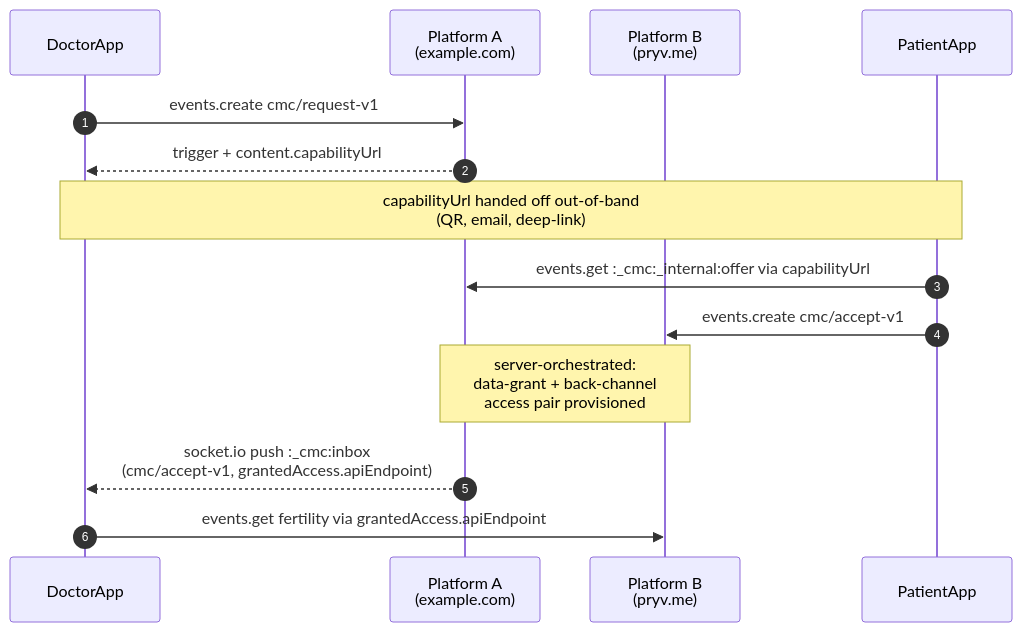
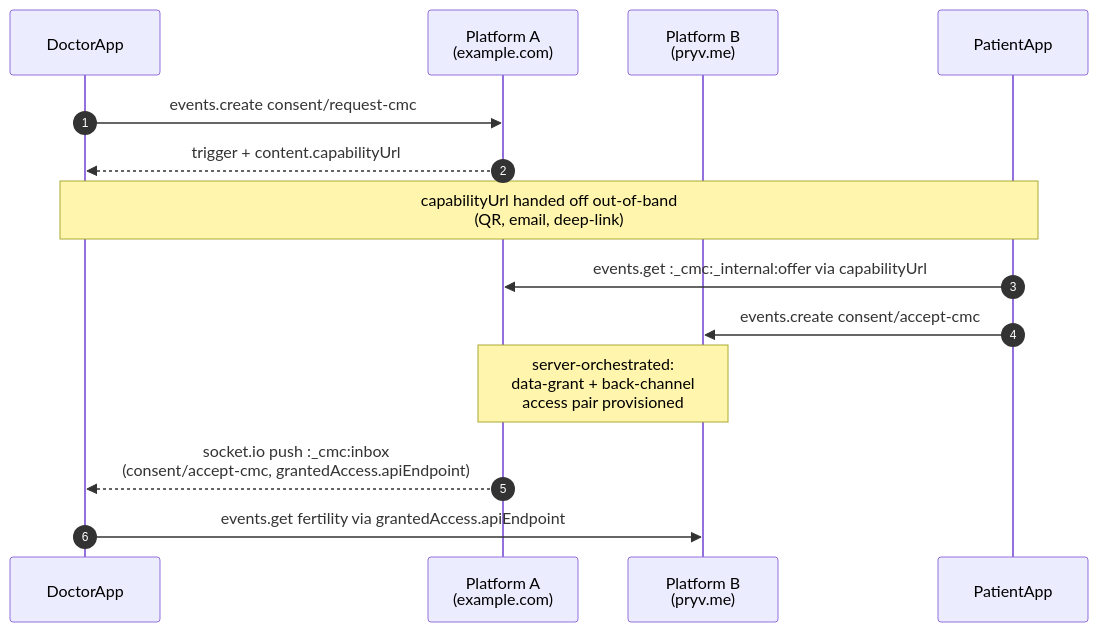
One commit to pryv/open-pryv.io changed the first of 5 diagrams in components/cmc/IMPLEMENTERS-GUIDE.md. Above: the diagram before and after it, drawn with Mermaid. The commit also changed other lines of this file and 40 other files, not shown here.

````diff
--- a/components/cmc/IMPLEMENTERS-GUIDE.md
+++ b/components/cmc/IMPLEMENTERS-GUIDE.md
@@ -100,17 +100,17 @@
 ```mermaid
 sequenceDiagram
     autonumber
     participant DoctorApp
     participant PlatformA as Platform A<br/>(example.com)
     participant PlatformB as Platform B<br/>(pryv.me)
     participant PatientApp
 
-    DoctorApp->>PlatformA: events.create cmc/request-v1
+    DoctorApp->>PlatformA: events.create consent/request-cmc
     PlatformA-->>DoctorApp: trigger + content.capabilityUrl
     Note over DoctorApp,PatientApp: capabilityUrl handed off out-of-band<br/>(QR, email, deep-link)
     PatientApp->>PlatformA: events.get :_cmc:_internal:offer via capabilityUrl
-    PatientApp->>PlatformB: events.create cmc/accept-v1
+    PatientApp->>PlatformB: events.create consent/accept-cmc
     Note over PlatformA,PlatformB: server-orchestrated:<br/>data-grant + back-channel<br/>access pair provisioned
-    PlatformA-->>DoctorApp: socket.io push :_cmc:inbox<br/>(cmc/accept-v1, grantedAccess.apiEndpoint)
+    PlatformA-->>DoctorApp: socket.io push :_cmc:inbox<br/>(consent/accept-cmc, grantedAccess.apiEndpoint)
     DoctorApp->>PlatformB: events.get fertility via grantedAccess.apiEndpoint
 ```
````
